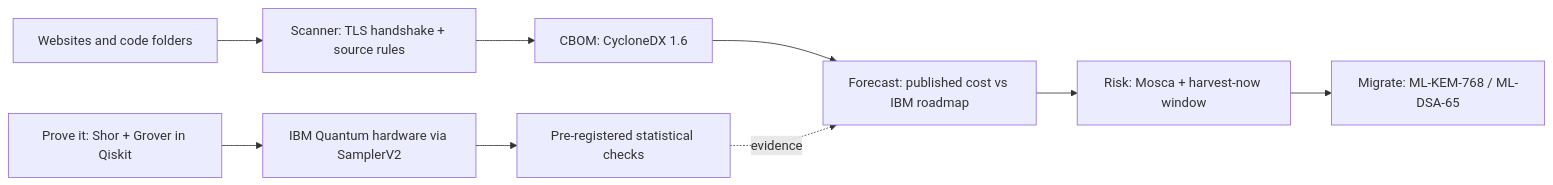
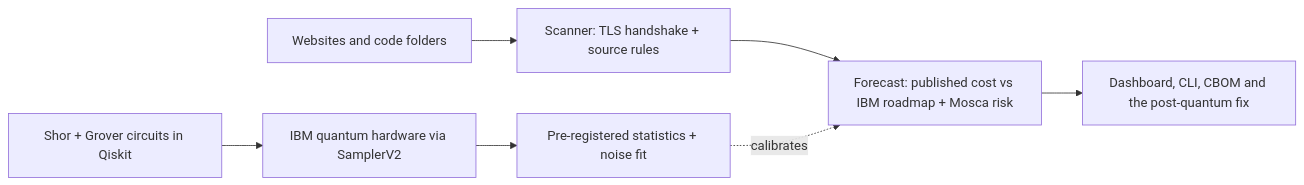
The diagram in README.md (Raunakg2005/vtu-hc-straw-hat-pirates), drawn with Mermaid before and after one commit. The commit also changed other lines of this file and 1 other file, not shown here.

````diff
--- a/README.md
+++ b/README.md
@@ -128,11 +177,9 @@
 ```mermaid
 flowchart LR
     A[Websites and code folders] --> B[Scanner: TLS handshake + source rules]
-    B --> C[CBOM: CycloneDX 1.6]
-    C --> D[Forecast: published cost vs IBM roadmap]
-    D --> E[Risk: Mosca + harvest-now window]
-    E --> F[Migrate: ML-KEM-768 / ML-DSA-65]
-    G[Prove it: Shor + Grover in Qiskit] --> H[IBM Quantum hardware via SamplerV2]
-    H --> I[Pre-registered statistical checks]
-    I -.evidence.-> D
+    B --> C[Forecast: published cost vs IBM roadmap + Mosca risk]
+    G[Shor + Grover circuits in Qiskit] --> H[IBM quantum hardware via SamplerV2]
+    H --> I[Pre-registered statistics + noise fit]
+    I -.calibrates.-> C
+    C --> E[Dashboard, CLI, CBOM and the post-quantum fix]
 ```
````
